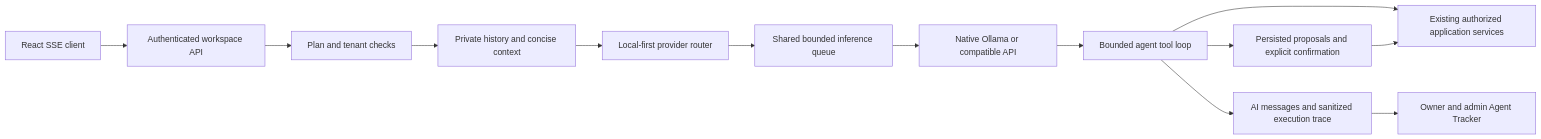
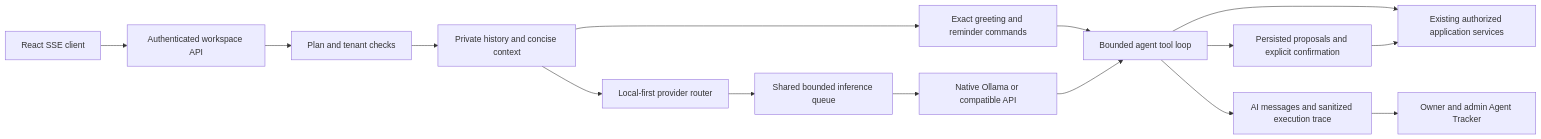
Before and after one commit to projecttrackerindia/project-tracker: the diagram in deploy/AI-OPERATIONS.md, drawn with Mermaid. The commit also changed other lines of this file and 8 other files, not shown here.

Commit message:
Fix reminder execution and bypass inference for simple commands

````diff
--- a/deploy/AI-OPERATIONS.md
+++ b/deploy/AI-OPERATIONS.md
@@ -25,15 +25,17 @@
 ```mermaid
 flowchart LR
   UI[React SSE client] --> API[Authenticated workspace API]
   API --> Gate[Plan and tenant checks]
   Gate --> Context[Private history and concise context]
+  Context --> Fast[Exact greeting and reminder commands]
+  Fast --> Loop
   Context --> Router[Local-first provider router]
   Router --> Queue[Shared bounded inference queue]
   Queue --> Ollama[Native Ollama or compatible API]
   Ollama --> Loop[Bounded agent tool loop]
   Loop --> Services[Existing authorized application services]
   Loop --> Confirm[Persisted proposals and explicit confirmation]
   Confirm --> Services
   Loop --> Records[AI messages and sanitized execution trace]
   Records --> Tracker[Owner and admin Agent Tracker]
 ```
````
